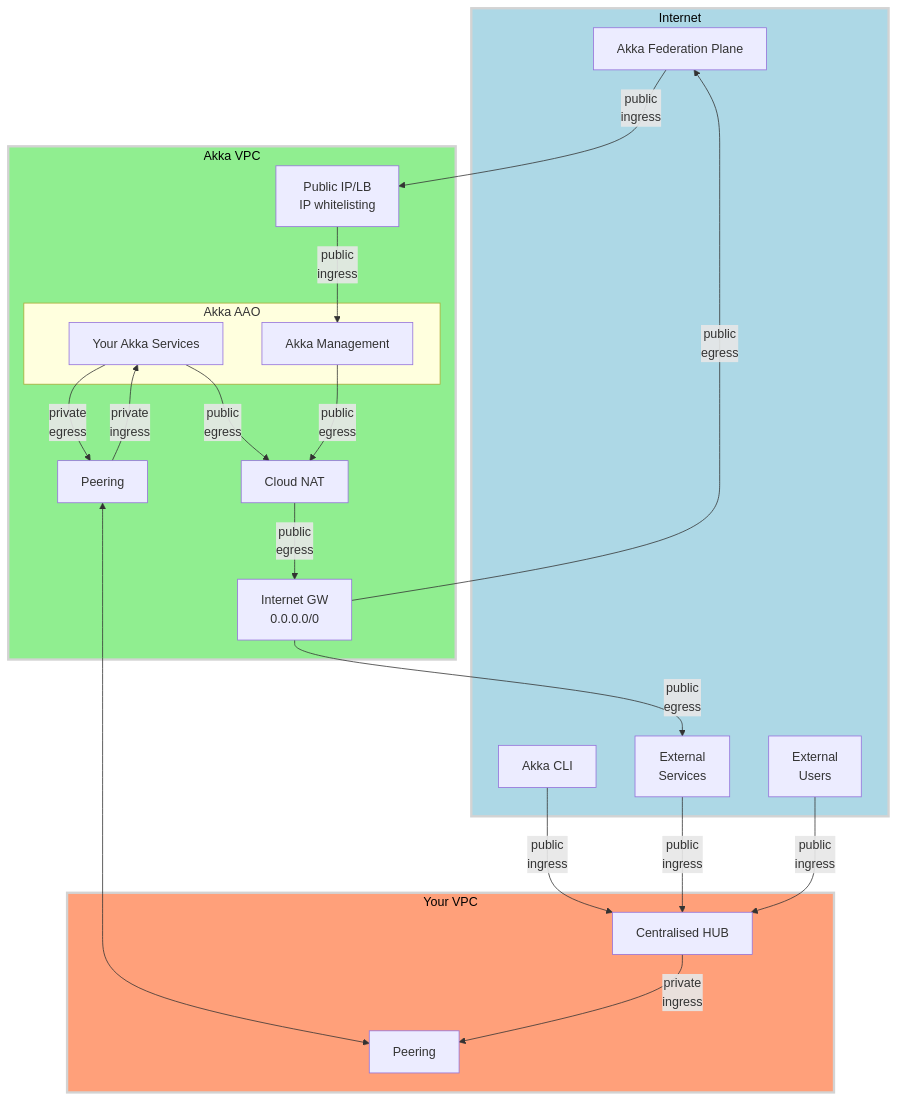
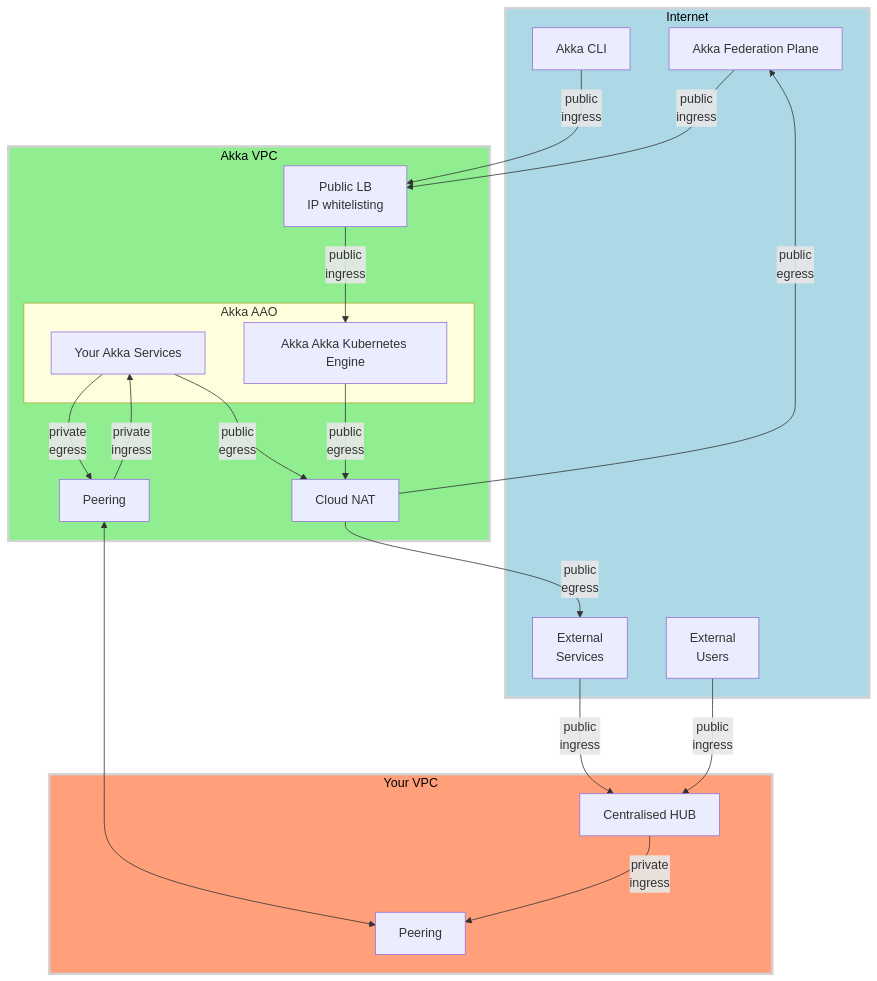
One commit to aklikic/aao changed the first of 3 diagrams in hub-and-spoke.md. Above: the diagram before and after it, drawn with Mermaid. The commit also changed other lines of this file, not shown here.

````diff
--- a/hub-and-spoke.md
+++ b/hub-and-spoke.md
@@ -16,54 +18,53 @@
 ```mermaid
 ---
 config:
   theme: mc
   look: classic
 ---
 graph TB
     
     subgraph CUSTOMER_VPC[Your VPC]
         CUST_PEERING[Peering]
         HUB[Centralised HUB]
     end
 
     subgraph INT[Internet]
         AKKA_FED_PLAN[Akka Federation Plane]
         INT_SRVS[External<br>Services]
         USER[External<br>Users]
         ADMIN[Akka CLI]
     end
 
     subgraph AKKA_VPC[Akka VPC]
         subgraph AAO[Akka AAO]
             SRVS[Your Akka Services]
-            AKKA_MGMT[Akka Management]
+            AKKA_K8S[Akka Akka Kubernetes Engine]
         end
         CLOUD_NAT[Cloud NAT]
-        PUBLIC_LB[Public IP/LB <br>IP whitelisting]
-        INT_GW[Internet GW<br>0.0.0.0/0]
+        PUBLIC_LB[Public LB <br>IP whitelisting]
+%%        INT_GW[Internet GW<br>0.0.0.0/0]
         AKKA_PEERING[Peering]
     end
 
-   CLOUD_NAT --> |public<br>egress| INT_GW
-   INT_GW --> |public<br>egress| AKKA_FED_PLAN
-   INT_GW --> |public<br>egress| INT_SRVS
+   CLOUD_NAT --> |public<br>egress| AKKA_FED_PLAN
+   CLOUD_NAT --> |public<br>egress| INT_SRVS
    SRVS --> |public<br>egress| CLOUD_NAT
-   AKKA_MGMT --> |public<br>egress| CLOUD_NAT
+   AKKA_K8S --> |public<br>egress| CLOUD_NAT
 
    SRVS --> |private<br>egress| AKKA_PEERING
    AKKA_PEERING <--> CUST_PEERING
 
-   ADMIN --> |public<br>ingress|HUB
+   ADMIN --> |public<br>ingress|PUBLIC_LB
    AKKA_FED_PLAN --> |public<br>ingress|PUBLIC_LB
-   PUBLIC_LB --> |public<br>ingress|AKKA_MGMT
+   PUBLIC_LB --> |public<br>ingress|AKKA_K8S
 
    INT_SRVS --> |public<br>ingress|HUB
    USER --> |public<br>ingress|HUB
    HUB --> |private<br>ingress|CUST_PEERING
    AKKA_PEERING --> |private<br>ingress|SRVS
 
     
     style INT fill:lightblue,stroke:lightgray,stroke-width:3px,color:black
     style AKKA_VPC fill:lightgreen,stroke:lightgray,stroke-width:3px,color:black
     style CUSTOMER_VPC fill:lightsalmon,stroke:lightgray,stroke-width:3px,color:black
 ```
````
